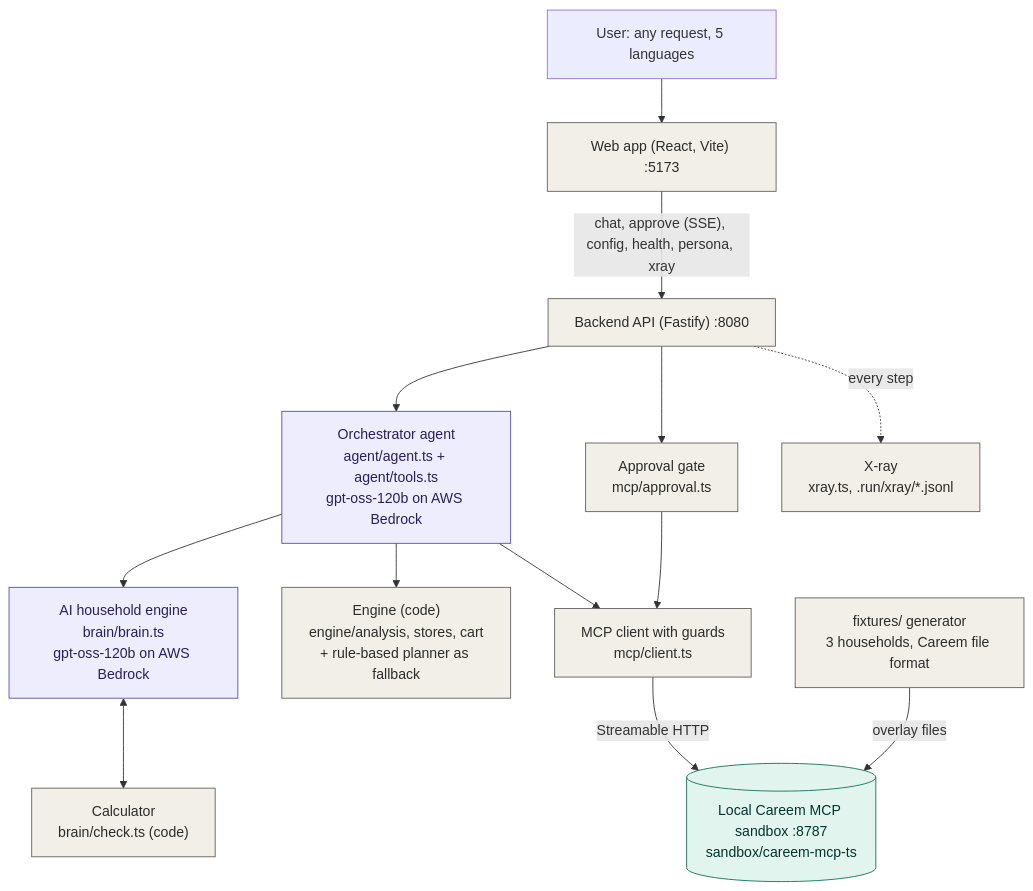
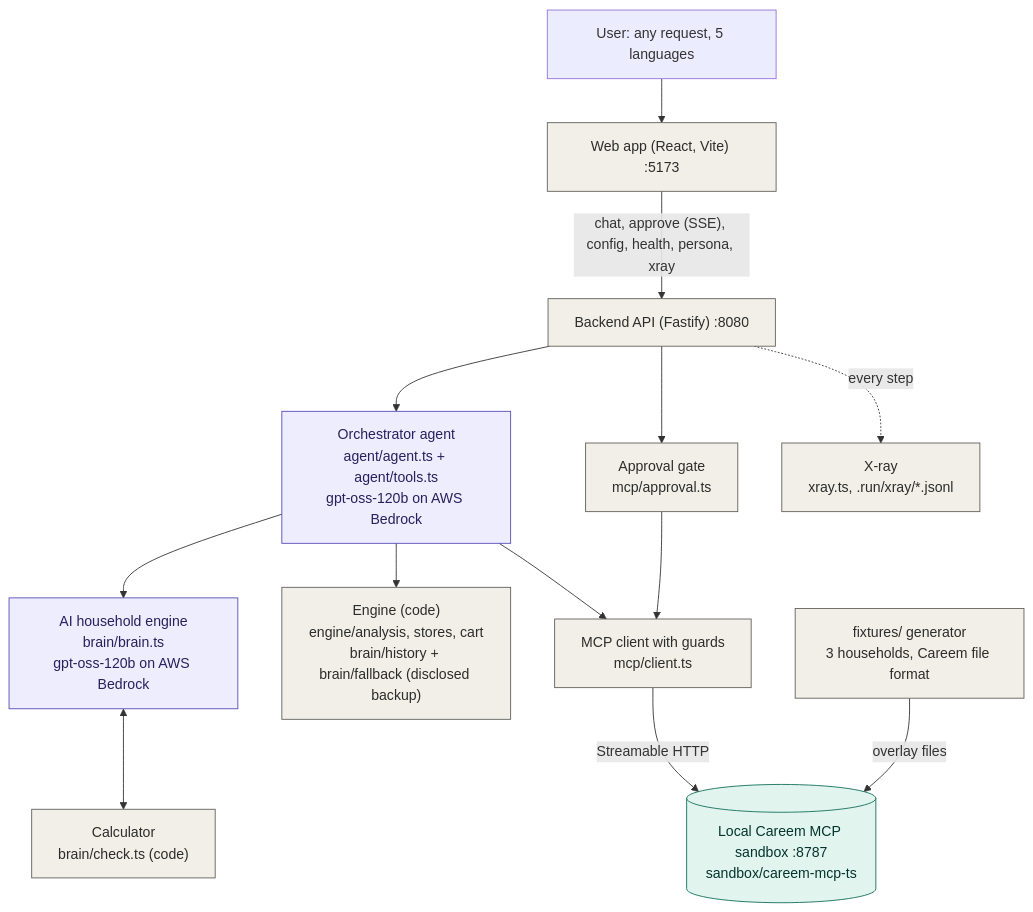
One commit to prakharrrshukla/Souq-Saver changed the diagram in sap v2/context.md. Above: the diagram before and after it, drawn with Mermaid. The commit also changed other lines of this file, not shown here.

Commit message:
SAP V2: update context.md with the safety-net changes (validation, limits, fallback, grounded replies, errors, tests)

````diff
--- a/sap v2/context.md
+++ b/sap v2/context.md
@@ -63,22 +66,22 @@
 ```mermaid
 flowchart TD
     U["User: any request, 5 languages"] --> W["Web app (React, Vite) :5173"]
     W -->|"chat, approve (SSE), config, health, persona, xray"| API["Backend API (Fastify) :8080"]
     API --> AG["Orchestrator agent<br/>agent/agent.ts + agent/tools.ts<br/>gpt-oss-120b on AWS Bedrock"]
     AG --> BR["AI household engine<br/>brain/brain.ts<br/>gpt-oss-120b on AWS Bedrock"]
     BR <--> CK["Calculator<br/>brain/check.ts (code)"]
-    AG --> EN["Engine (code)<br/>engine/analysis, stores, cart<br/>+ rule-based planner as fallback"]
+    AG --> EN["Engine (code)<br/>engine/analysis, stores, cart<br/>brain/history + brain/fallback (disclosed backup)"]
     AG --> MC["MCP client with guards<br/>mcp/client.ts"]
     API --> GA["Approval gate<br/>mcp/approval.ts"]
     GA --> MC
     MC -->|Streamable HTTP| SB[("Local Careem MCP sandbox :8787<br/>sandbox/careem-mcp-ts")]
     FX["fixtures/ generator<br/>3 households, Careem file format"] -->|"overlay files"| SB
     API -.->|every step| XR["X-ray<br/>xray.ts, .run/xray/*.jsonl"]
 
     classDef ai fill:#EEEDFE,stroke:#534AB7,color:#26215C
     classDef careem fill:#E1F5EE,stroke:#0F6E56,color:#04342C
     classDef code fill:#F1EFE8,stroke:#5F5E5A,color:#2C2C2A
     class AG,BR ai
     class SB careem
     class W,API,CK,EN,MC,GA,FX,XR code
 ```
````
